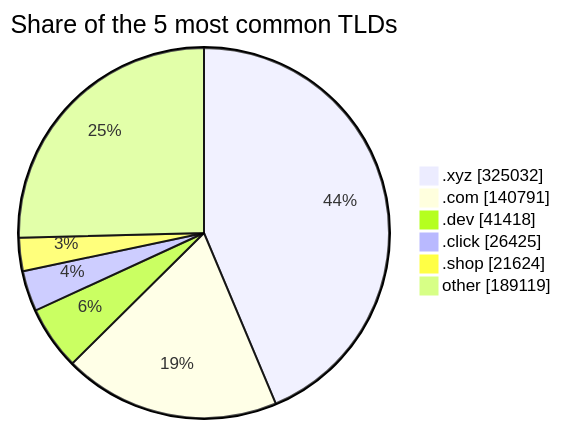
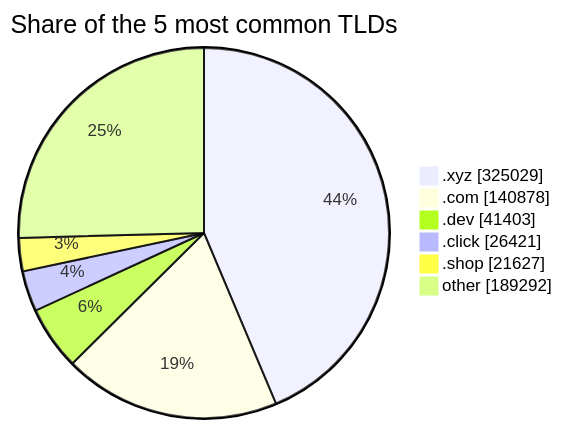
Before and after one commit to DNSBunker/CTI: the third of 3 diagrams in README.md, drawn with Mermaid. The commit also changed other lines of this file and 3 other files, not shown here.

````diff
--- a/README.md
+++ b/README.md
@@ -81,9 +81,9 @@
 ```mermaid
 pie showData title Share of the 5 most common TLDs
-    ".xyz" : 325032
-    ".com" : 140791
-    ".dev" : 41418
-    ".click" : 26425
-    ".shop" : 21624
-    "other" : 189119
+    ".xyz" : 325029
+    ".com" : 140878
+    ".dev" : 41403
+    ".click" : 26421
+    ".shop" : 21627
+    "other" : 189292
 ```
````
